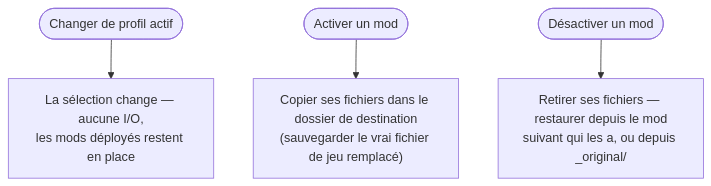
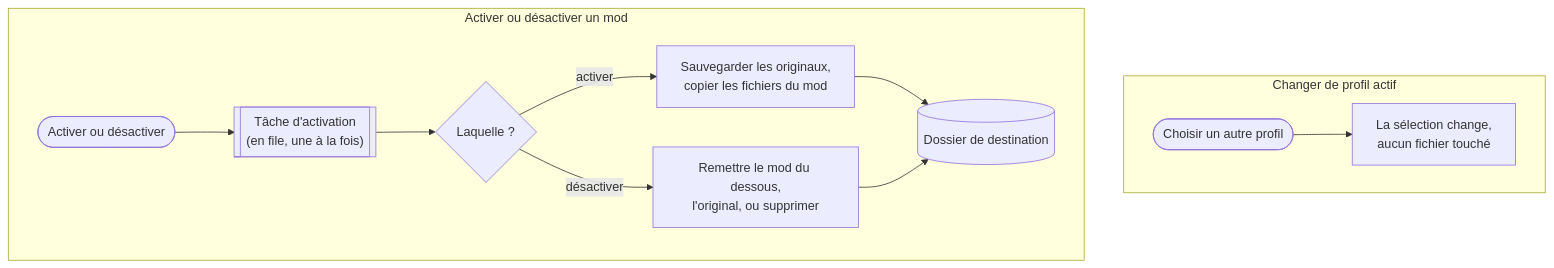
Before and after one commit to FreeProject089/BetterModsManager: the first of 3 diagrams in frontend/assets/docs/fr/how-it-works/profiles-activation.md, drawn with Mermaid. The commit also changed other lines of this file and 176 other files, not shown here.

````diff
--- a/frontend/assets/docs/fr/how-it-works/profiles-activation.md
+++ b/frontend/assets/docs/fr/how-it-works/profiles-activation.md
@@ -39,6 +39,14 @@
 ```mermaid
-flowchart TB
-    SW([Changer de profil actif]) --> PTR["La sélection change — aucune I/O,<br/>les mods déployés restent en place"]
-    EN([Activer un mod]) --> DEPLOY["Copier ses fichiers dans le dossier de destination<br/>(sauvegarder le vrai fichier de jeu remplacé)"]
-    DIS([Désactiver un mod]) --> REMOVE["Retirer ses fichiers — restaurer depuis le mod<br/>suivant qui les a, ou depuis _original/"]
+flowchart TD
+    subgraph SWITCH["Changer de profil actif"]
+        SW(["Choisir un autre profil"]) --> PTR["La sélection change,<br/>aucun fichier touché"]
+    end
+    subgraph TOGGLE["Activer ou désactiver un mod"]
+        TOG(["Activer ou désactiver"]) --> JOB[["Tâche d'activation<br/>(en file, une à la fois)"]]
+        JOB --> MODE{"Laquelle ?"}
+        MODE -- "activer" --> DEP["Sauvegarder les originaux,<br/>copier les fichiers du mod"]
+        MODE -- "désactiver" --> REM["Remettre le mod du dessous,<br/>l'original, ou supprimer"]
+        DEP --> GAME[("Dossier de destination")]
+        REM --> GAME
+    end
 ```
````
